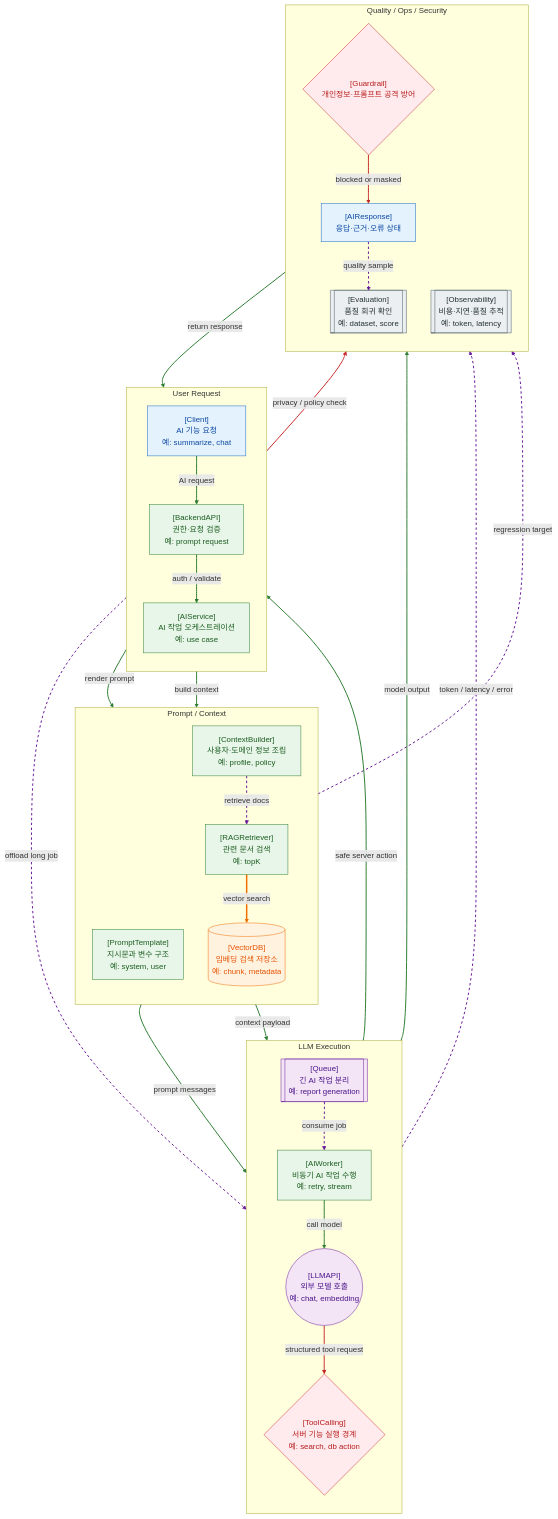
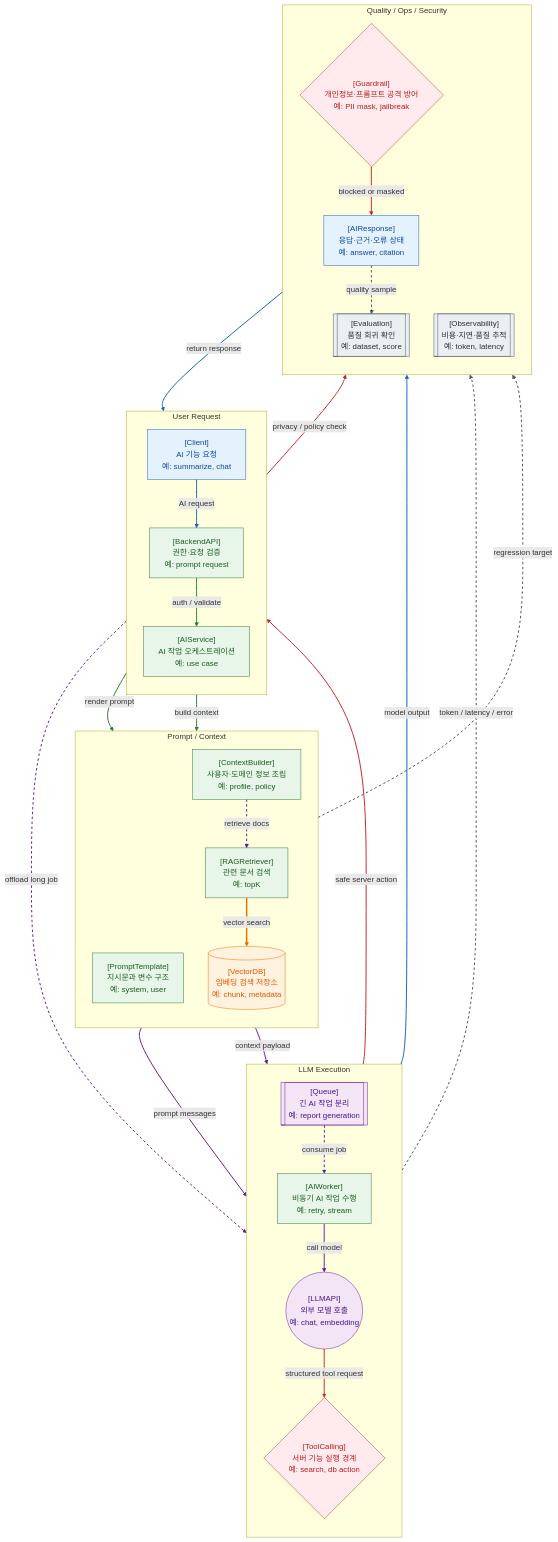
The diagram in content/Web-지도/24. AI LLM 서버 연동 지도 - Prompt, Context, LLM API, Worker, Queue.md (thisis-joe/thisis-joe.github.io), drawn with Mermaid before and after one commit. The commit also changed other lines of this file and 595 other files, not shown here.

````diff
--- a/content/Web-지도/24. AI LLM 서버 연동 지도 - Prompt, Context, LLM API, Worker, Queue.md
+++ b/content/Web-지도/24. AI LLM 서버 연동 지도 - Prompt, Context, LLM API, Worker, Queue.md
@@ -14,74 +14,77 @@
 ```mermaid
 flowchart TB
 
 subgraph USER_FLOW["User Request"]
 direction TB
 CLIENT["[Client]<br/>AI 기능 요청<br/>예: summarize, chat"]
 API["[BackendAPI]<br/>권한·요청 검증<br/>예: prompt request"]
 AI_SERVICE["[AIService]<br/>AI 작업 오케스트레이션<br/>예: use case"]
 end
 
 subgraph CONTEXT_FLOW["Prompt / Context"]
 direction TB
 PROMPT["[PromptTemplate]<br/>지시문과 변수 구조<br/>예: system, user"]
 CONTEXT["[ContextBuilder]<br/>사용자·도메인 정보 조립<br/>예: profile, policy"]
 RAG["[RAGRetriever]<br/>관련 문서 검색<br/>예: topK"]
 VECTOR[("[VectorDB]<br/>임베딩 검색 저장소<br/>예: chunk, metadata")]
 end
 
 subgraph EXECUTION["LLM Execution"]
 direction TB
 QUEUE[["[Queue]<br/>긴 AI 작업 분리<br/>예: report generation"]]
 WORKER["[AIWorker]<br/>비동기 AI 작업 수행<br/>예: retry, stream"]
 LLM(("[LLMAPI]<br/>외부 모델 호출<br/>예: chat, embedding"))
 TOOL{"[ToolCalling]<br/>서버 기능 실행 경계<br/>예: search, db action"}
 end
 
 subgraph GOVERNANCE["Quality / Ops / Security"]
 direction TB
 EVAL[["[Evaluation]<br/>품질 회귀 확인<br/>예: dataset, score"]]
 OBS[["[Observability]<br/>비용·지연·품질 추적<br/>예: token, latency"]]
-GUARD{"[Guardrail]<br/>개인정보·프롬프트 공격 방어"}
-RESULT["[AIResponse]<br/>응답·근거·오류 상태"]
+GUARD{"[Guardrail]<br/>개인정보·프롬프트 공격 방어<br/>예: PII mask, jailbreak"}
+RESULT["[AIResponse]<br/>응답·근거·오류 상태<br/>예: answer, citation"]
 end
 
 CLIENT -->|AI request| API
 API -->|auth / validate| AI_SERVICE
 AI_SERVICE -->|render prompt| PROMPT
 AI_SERVICE -->|build context| CONTEXT
 CONTEXT -.->|retrieve docs| RAG
 RAG ==>|vector search| VECTOR
 PROMPT -->|prompt messages| LLM
 CONTEXT -->|context payload| LLM
 AI_SERVICE -.->|offload long job| QUEUE
 QUEUE -.->|consume job| WORKER
 WORKER -->|call model| LLM
 LLM -->|structured tool request| TOOL
 TOOL -->|safe server action| AI_SERVICE
 LLM -->|model output| RESULT
 RESULT -->|return response| CLIENT
 LLM -.->|token / latency / error| OBS
 PROMPT -.->|regression target| EVAL
 RESULT -.->|quality sample| EVAL
 API -->|privacy / policy check| GUARD
 GUARD -->|blocked or masked| RESULT
 
 classDef client fill:#E3F2FD,stroke:#1565C0,color:#0D47A1;
 classDef server fill:#E8F5E9,stroke:#2E7D32,color:#1B5E20;
 classDef data fill:#FFF3E0,stroke:#EF6C00,color:#E65100;
 classDef event fill:#F3E5F5,stroke:#6A1B9A,color:#4A148C;
 classDef ops fill:#ECEFF1,stroke:#455A64,color:#263238;
 classDef security fill:#FFEBEE,stroke:#C62828,color:#B71C1C;
 
 class CLIENT,RESULT client;
 class API,AI_SERVICE,PROMPT,CONTEXT,RAG,WORKER server;
 class VECTOR data;
 class QUEUE,LLM event;
 class EVAL,OBS ops;
 class TOOL,GUARD security;
 
-linkStyle 0,1,2,3,6,7,10,12,13,14 stroke:#2E7D32,stroke-width:2px;
-linkStyle 4,8,9,15,16,17 stroke:#6A1B9A,stroke-width:2px,stroke-dasharray:5 5;
+linkStyle 0,13,14 stroke:#1565C0,stroke-width:2px;
+linkStyle 1,2,3 stroke:#2E7D32,stroke-width:2px;
+linkStyle 4,8,9 stroke:#6A1B9A,stroke-width:2px,stroke-dasharray:5 5;
 linkStyle 5 stroke:#EF6C00,stroke-width:3px;
-linkStyle 11,18,19 stroke:#C62828,stroke-width:2px;
+linkStyle 6,7,10 stroke:#6A1B9A,stroke-width:2px;
+linkStyle 11,12,18,19 stroke:#C62828,stroke-width:2px;
+linkStyle 15,16,17 stroke:#455A64,stroke-width:2px,stroke-dasharray:5 5;
 ```
````
